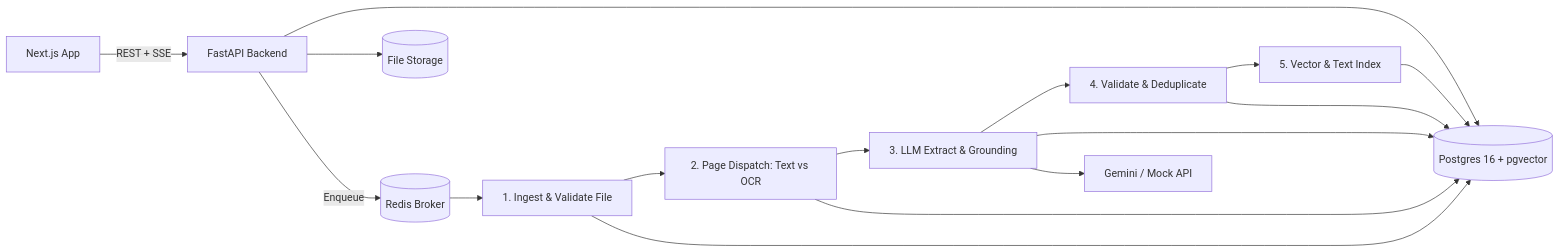
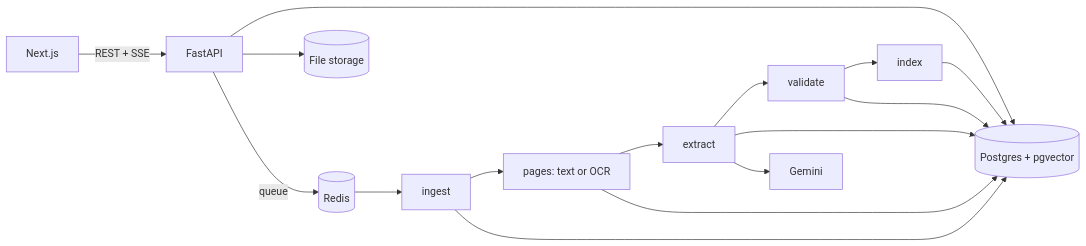
Before and after one commit to FaiazPronoy/Hisab-Kitab: the diagram in README.md, drawn with Mermaid. The commit also changed other lines of this file and 2 other files, not shown here.

````diff
--- a/README.md
+++ b/README.md
@@ -81,10 +73,10 @@
 ```mermaid
 flowchart LR
-  UI[Next.js App] -->|REST + SSE| API[FastAPI Backend]
-  API --> PG[(Postgres 16 + pgvector)]
-  API --> FS[(File Storage)]
-  API -->|Enqueue| R[(Redis Broker)]
-  R --> I[1. Ingest & Validate File] --> O[2. Page Dispatch: Text vs OCR] --> X[3. LLM Extract & Grounding] --> F[4. Validate & Deduplicate] --> N[5. Vector & Text Index]
+  UI[Next.js] -->|REST + SSE| API[FastAPI]
+  API --> PG[(Postgres + pgvector)]
+  API --> FS[(File storage)]
+  API -->|queue| R[(Redis)]
+  R --> I[ingest] --> O[pages: text or OCR] --> X[extract] --> F[validate] --> N[index]
   I & O & X & F & N --> PG
-  X --> LLM[Gemini / Mock API]
+  X --> LLM[Gemini]
 ```
````
